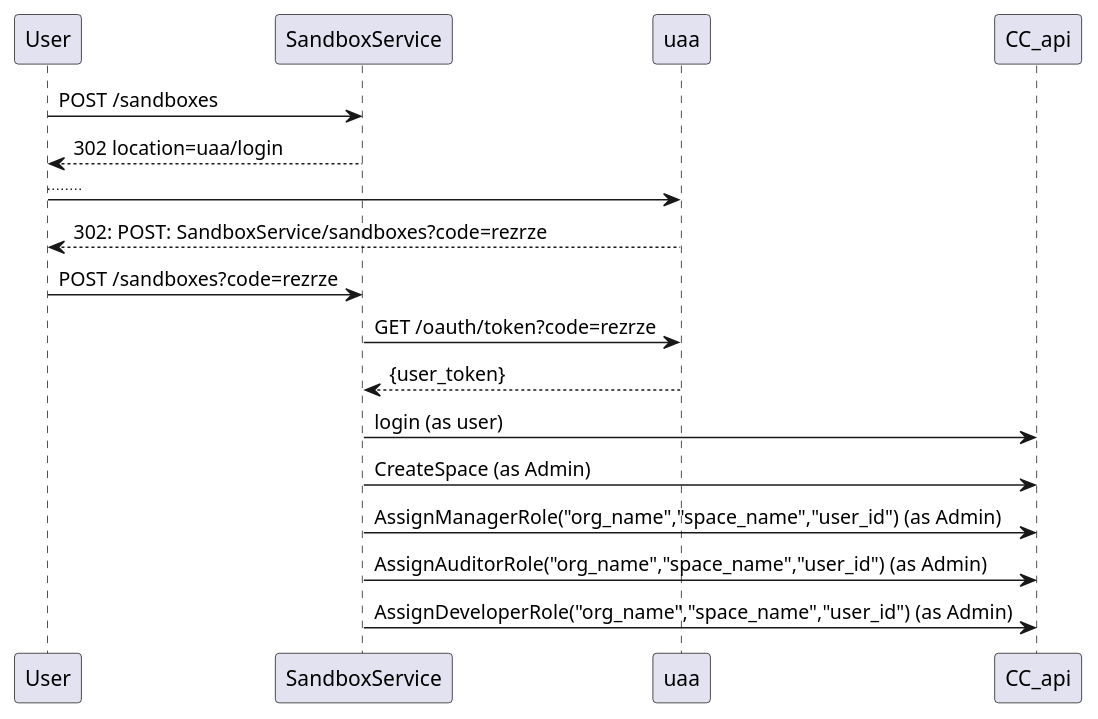
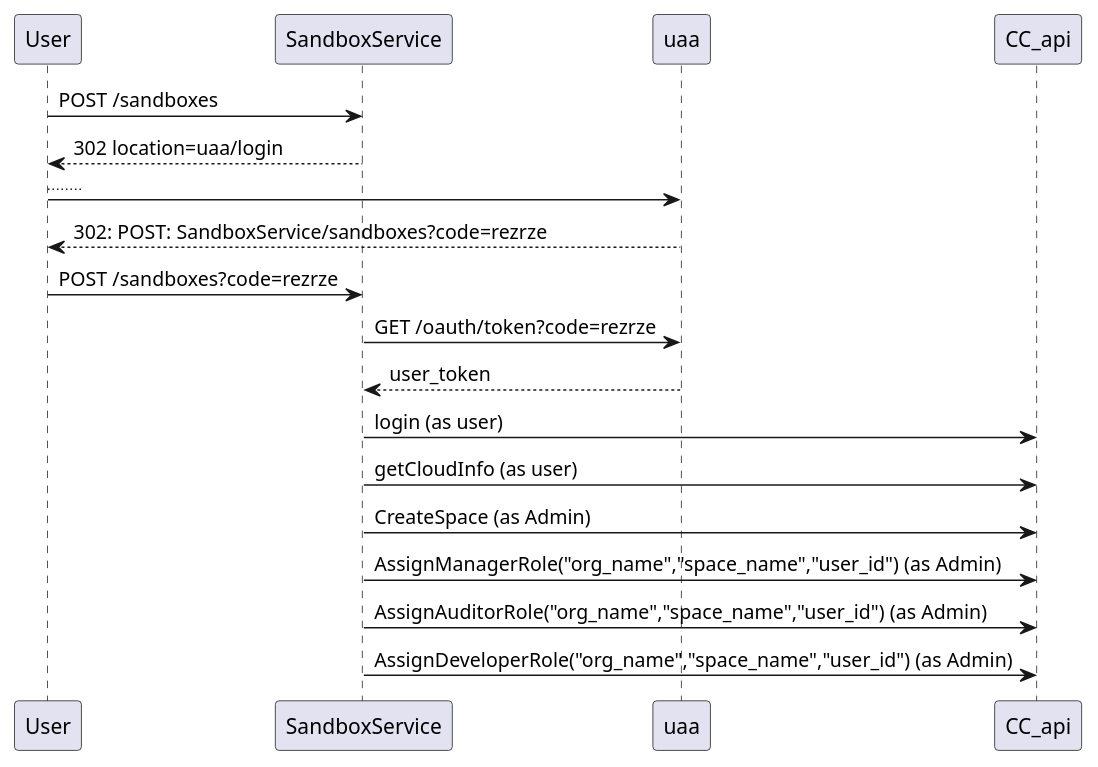
The diagram in src/main/plantuml/sandbox_creation.puml (Orange-OpenSource/elpaaso-sandbox-service), drawn with PlantUML before and after one commit. The commit also changed 14 other files, not shown here.

```diff
--- a/src/main/plantuml/sandbox_creation.puml
+++ b/src/main/plantuml/sandbox_creation.puml
@@ -1,15 +1,15 @@
 @startuml
 User -> SandboxService: POST /sandboxes
 User <-- SandboxService: 302 location=uaa/login
 User -> uaa: ....
 User <-- uaa: 302: POST: SandboxService/sandboxes?code=rezrze
 User -> SandboxService : POST /sandboxes?code=rezrze
 SandboxService -> uaa : GET /oauth/token?code=rezrze
-SandboxService <-- uaa : {user_token}
+SandboxService <-- uaa : user_token
 SandboxService -> CC_api: login (as user)
+SandboxService -> CC_api: getCloudInfo (as user)
 SandboxService -> CC_api: CreateSpace (as Admin)
 SandboxService -> CC_api: AssignManagerRole("org_name","space_name","user_id") (as Admin)
 SandboxService -> CC_api: AssignAuditorRole("org_name","space_name","user_id") (as Admin)
 SandboxService -> CC_api: AssignDeveloperRole("org_name","space_name","user_id") (as Admin)
-
 @enduml
```
